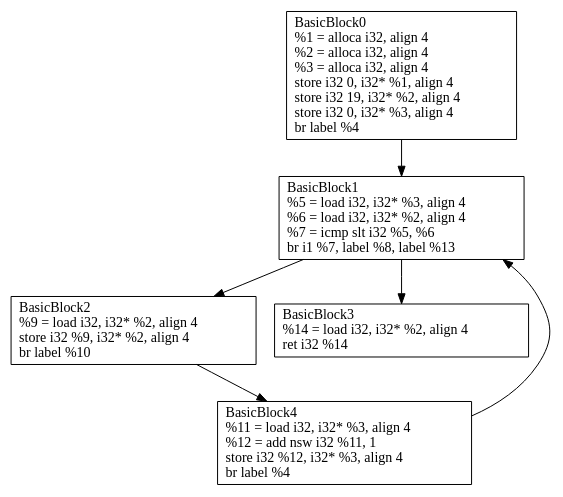
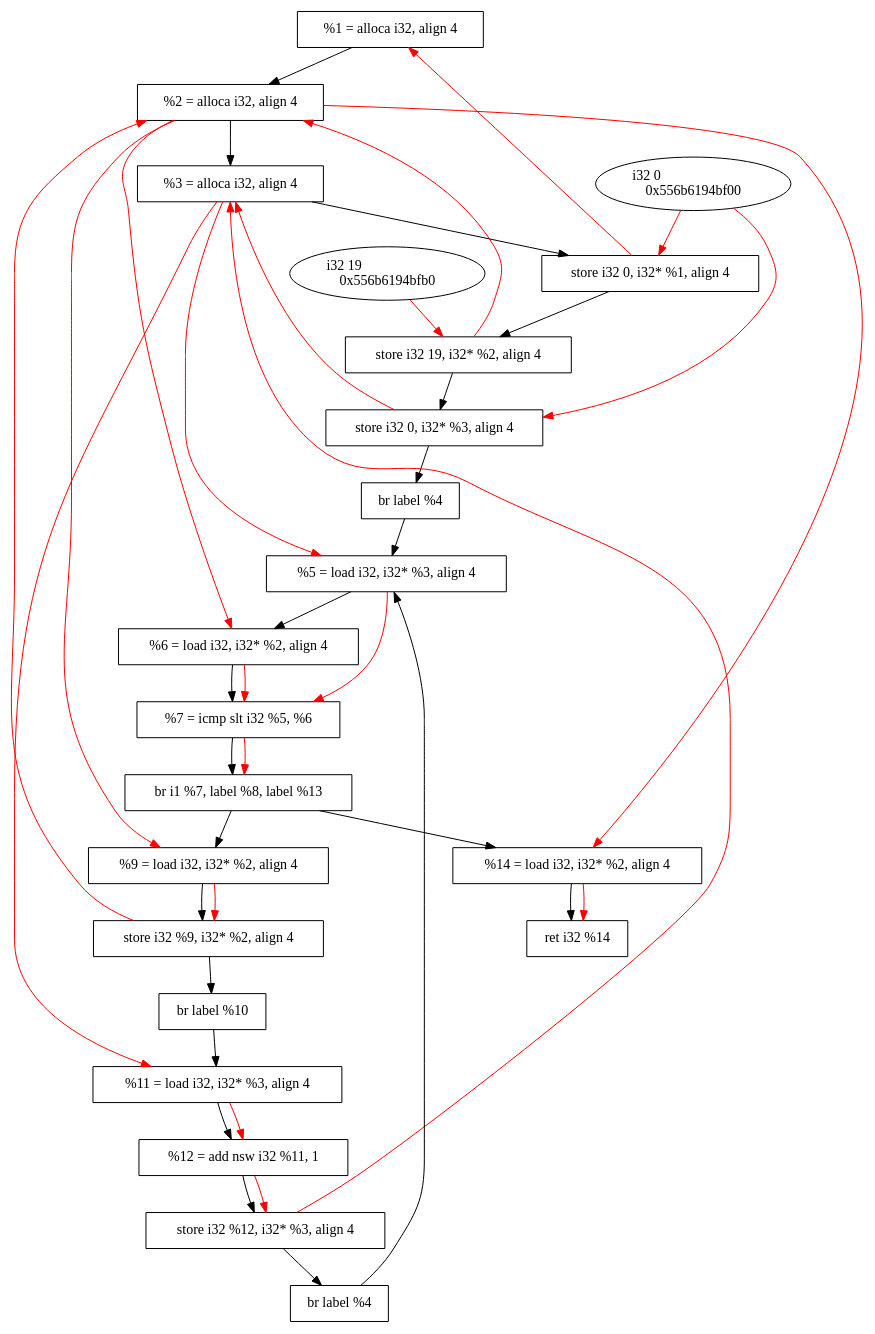
Before and after one commit to PL97/LLVM-CFG-DFG-pass: the diagram in main.dot, drawn with Graphviz. The commit also changed 19 other files, not shown here.

```diff
--- a/main.dot
+++ b/main.dot
@@ -1,37 +1,78 @@
-digraph main {
-	0[shape=record, label = " BasicBlock0\l
-
-	  %1 = alloca i32, align 4\l
-	  %2 = alloca i32, align 4\l
-	  %3 = alloca i32, align 4\l
-	  store i32 0, i32* %1, align 4\l
-	  store i32 19, i32* %2, align 4\l
-	  store i32 0, i32* %3, align 4\l
-	  br label %4\l
-"];	1[shape=record, label = " BasicBlock1\l
-
-	  %5 = load i32, i32* %3, align 4\l
-	  %6 = load i32, i32* %2, align 4\l
-	  %7 = icmp slt i32 %5, %6\l
-	  br i1 %7, label %8, label %13\l
-"];	0->1;
-	2[shape=record, label = " BasicBlock2\l
-
-	  %9 = load i32, i32* %2, align 4\l
-	  store i32 %9, i32* %2, align 4\l
-	  br label %10\l
-"];	1->2;
-	3[shape=record, label = " BasicBlock3\l
-
-	  %14 = load i32, i32* %2, align 4\l
-	  ret i32 %14\l
-"];	1->3;
-	4[shape=record, label = " BasicBlock4\l
-
-	  %11 = load i32, i32* %3, align 4\l
-	  %12 = add nsw i32 %11, 1\l
-	  store i32 %12, i32* %3, align 4\l
-	  br label %4\l
-"];	2->4;
-	4->1;
+digraph "DFG for'main' function" {
+	Node0x556b6194b768[shape=record, label="  %1 = alloca i32, align 4"];
+	Node0x556b6194be28[shape=record, label="  %2 = alloca i32, align 4"];
+	Node0x556b6194beb8[shape=record, label="  %3 = alloca i32, align 4"];
+	Node0x556b6194bf00[shape=ellipse, label="i32 0\l0x556b6194bf00"];
+	Node0x556b6194b768[shape=record, label="  %1 = alloca i32, align 4"];
+	Node0x556b6194bf60[shape=record, label="  store i32 0, i32* %1, align 4"];
+	Node0x556b6194bfb0[shape=ellipse, label="i32 19\l0x556b6194bfb0"];
+	Node0x556b6194be28[shape=record, label="  %2 = alloca i32, align 4"];
+	Node0x556b6194c010[shape=record, label="  store i32 19, i32* %2, align 4"];
+	Node0x556b6194bf00[shape=ellipse, label="i32 0\l0x556b6194bf00"];
+	Node0x556b6194beb8[shape=record, label="  %3 = alloca i32, align 4"];
+	Node0x556b6194c090[shape=record, label="  store i32 0, i32* %3, align 4"];
+	Node0x556b6194c148[shape=record, label="  br label %4"];
+	Node0x556b6194beb8[shape=record, label="  %3 = alloca i32, align 4"];
+	Node0x556b6194c1f8[shape=record, label="  %5 = load i32, i32* %3, align 4"];
+	Node0x556b6194be28[shape=record, label="  %2 = alloca i32, align 4"];
+	Node0x556b6194c258[shape=record, label="  %6 = load i32, i32* %2, align 4"];
+	Node0x556b6194c2d0[shape=record, label="  %7 = icmp slt i32 %5, %6"];
+	Node0x556b6194c438[shape=record, label="  br i1 %7, label %8, label %13"];
+	Node0x556b6194be28[shape=record, label="  %2 = alloca i32, align 4"];
+	Node0x556b6194c528[shape=record, label="  %9 = load i32, i32* %2, align 4"];
+	Node0x556b6194c528[shape=record, label="  %9 = load i32, i32* %2, align 4"];
+	Node0x556b6194be28[shape=record, label="  %2 = alloca i32, align 4"];
+	Node0x556b6194c5a0[shape=record, label="  store i32 %9, i32* %2, align 4"];
+	Node0x556b6194c608[shape=record, label="  br label %10"];
+	Node0x556b6194beb8[shape=record, label="  %3 = alloca i32, align 4"];
+	Node0x556b6194c668[shape=record, label="  %11 = load i32, i32* %3, align 4"];
+	Node0x556b6194c6e0[shape=record, label="  %12 = add nsw i32 %11, 1"];
+	Node0x556b6194c6e0[shape=record, label="  %12 = add nsw i32 %11, 1"];
+	Node0x556b6194beb8[shape=record, label="  %3 = alloca i32, align 4"];
+	Node0x556b6194c750[shape=record, label="  store i32 %12, i32* %3, align 4"];
+	Node0x556b6194c7b8[shape=record, label="  br label %4"];
+	Node0x556b6194be28[shape=record, label="  %2 = alloca i32, align 4"];
+	Node0x556b6194c818[shape=record, label="  %14 = load i32, i32* %2, align 4"];
+	Node0x556b6194c878[shape=record, label="  ret i32 %14"];
+	Node0x556b6194b768 -> Node0x556b6194be28
+	Node0x556b6194be28 -> Node0x556b6194beb8
+	Node0x556b6194beb8 -> Node0x556b6194bf60
+	Node0x556b6194bf60 -> Node0x556b6194c010
+	Node0x556b6194c010 -> Node0x556b6194c090
+	Node0x556b6194c090 -> Node0x556b6194c148
+	Node0x556b6194c148 -> Node0x556b6194c1f8
+	Node0x556b6194c1f8 -> Node0x556b6194c258
+	Node0x556b6194c258 -> Node0x556b6194c2d0
+	Node0x556b6194c2d0 -> Node0x556b6194c438
+	Node0x556b6194c438 -> Node0x556b6194c528
+	Node0x556b6194c438 -> Node0x556b6194c818
+	Node0x556b6194c528 -> Node0x556b6194c5a0
+	Node0x556b6194c5a0 -> Node0x556b6194c608
+	Node0x556b6194c608 -> Node0x556b6194c668
+	Node0x556b6194c668 -> Node0x556b6194c6e0
+	Node0x556b6194c6e0 -> Node0x556b6194c750
+	Node0x556b6194c750 -> Node0x556b6194c7b8
+	Node0x556b6194c7b8 -> Node0x556b6194c1f8
+	Node0x556b6194c818 -> Node0x556b6194c878
+edge [color=red]
+	Node0x556b6194bf00 -> Node0x556b6194bf60
+	Node0x556b6194bf60 -> Node0x556b6194b768
+	Node0x556b6194bfb0 -> Node0x556b6194c010
+	Node0x556b6194c010 -> Node0x556b6194be28
+	Node0x556b6194bf00 -> Node0x556b6194c090
+	Node0x556b6194c090 -> Node0x556b6194beb8
+	Node0x556b6194beb8 -> Node0x556b6194c1f8
+	Node0x556b6194be28 -> Node0x556b6194c258
+	Node0x556b6194c1f8 -> Node0x556b6194c2d0
+	Node0x556b6194c258 -> Node0x556b6194c2d0
+	Node0x556b6194c2d0 -> Node0x556b6194c438
+	Node0x556b6194be28 -> Node0x556b6194c528
+	Node0x556b6194c528 -> Node0x556b6194c5a0
+	Node0x556b6194c5a0 -> Node0x556b6194be28
+	Node0x556b6194beb8 -> Node0x556b6194c668
+	Node0x556b6194c668 -> Node0x556b6194c6e0
+	Node0x556b6194c6e0 -> Node0x556b6194c750
+	Node0x556b6194c750 -> Node0x556b6194beb8
+	Node0x556b6194be28 -> Node0x556b6194c818
+	Node0x556b6194c818 -> Node0x556b6194c878
 }
```
